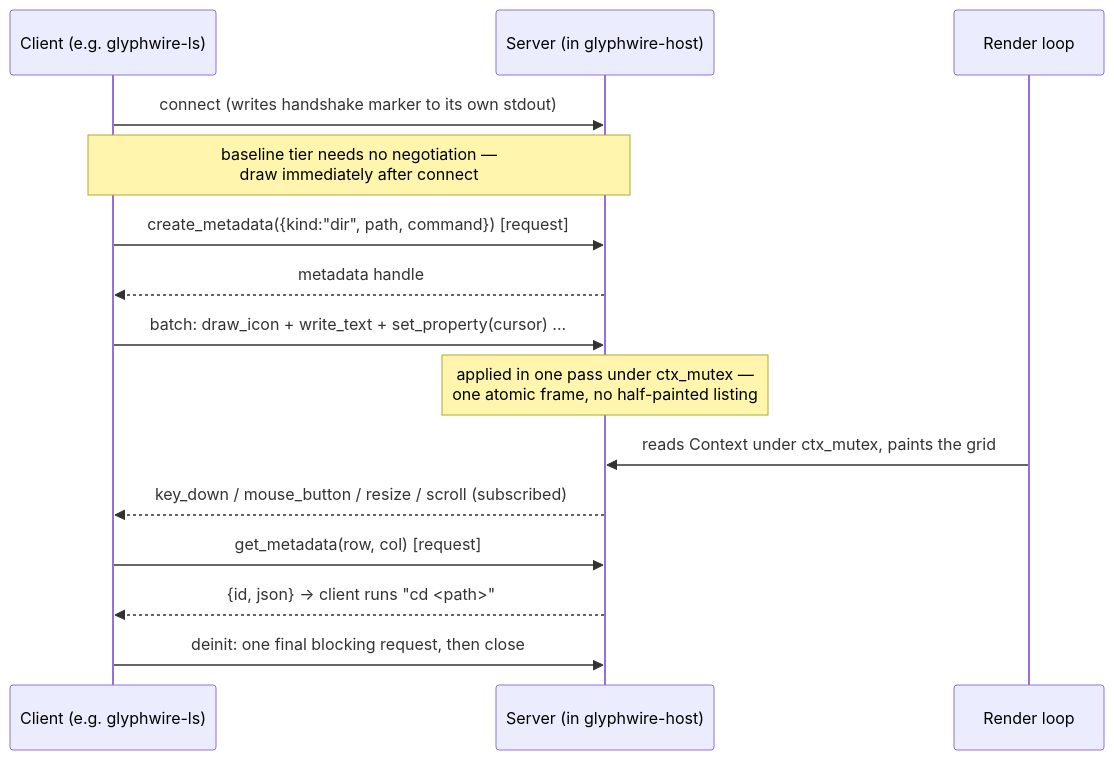
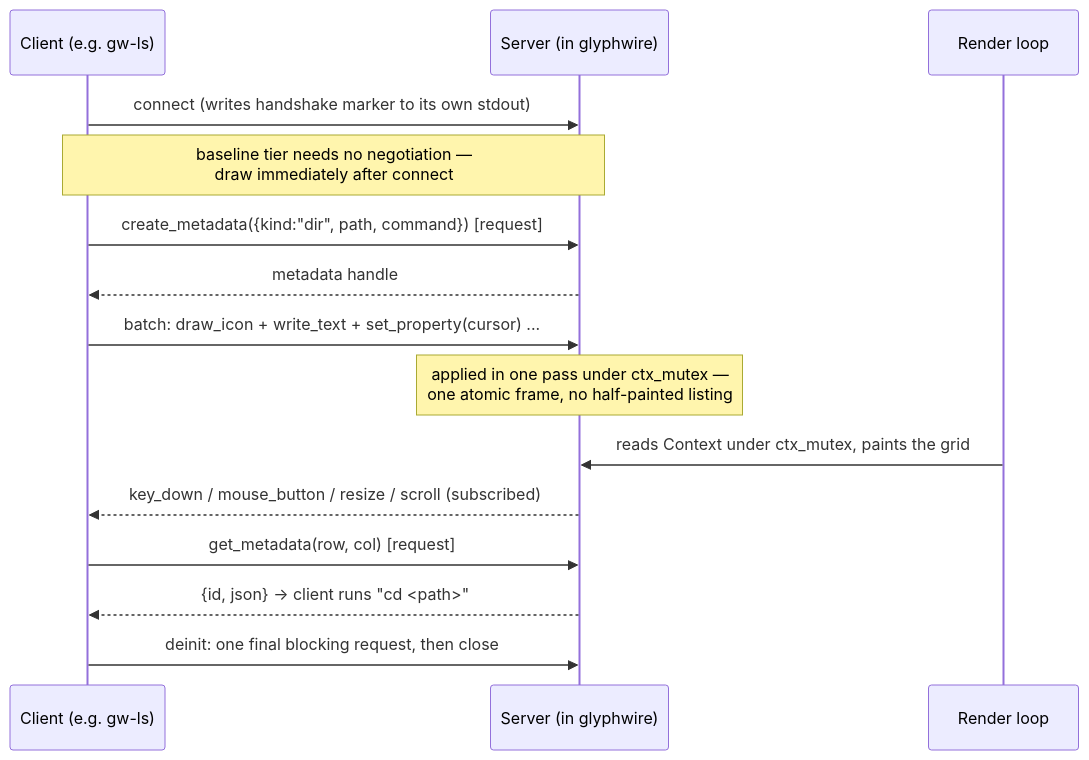
One commit to srjilarious/glyphwire changed the third of 3 diagrams in README.md. Above: the diagram before and after it, drawn with Mermaid. The commit also changed other lines of this file and 14 other files, not shown here.

````diff
--- a/README.md
+++ b/README.md
@@ -104,19 +104,19 @@
 ```mermaid
 sequenceDiagram
-    participant C as Client (e.g. glyphwire-ls)
-    participant S as Server (in glyphwire-host)
+    participant C as Client (e.g. gw-ls)
+    participant S as Server (in glyphwire)
     participant R as Render loop
 
     C->>S: connect (writes handshake marker to its own stdout)
     Note over C,S: baseline tier needs no negotiation —<br/>draw immediately after connect
     C->>S: create_metadata({kind:"dir", path, command}) [request]
     S-->>C: metadata handle
     C->>S: batch: draw_icon + write_text + set_property(cursor) ...
     Note over S: applied in one pass under ctx_mutex —<br/>one atomic frame, no half-painted listing
     R->>S: reads Context under ctx_mutex, paints the grid
 
     S-->>C: key_down / mouse_button / resize / scroll (subscribed)
     C->>S: get_metadata(row, col) [request]
     S-->>C: {id, json}  →  client runs "cd <path>"
     C->>S: deinit: one final blocking request, then close
 ```
````
